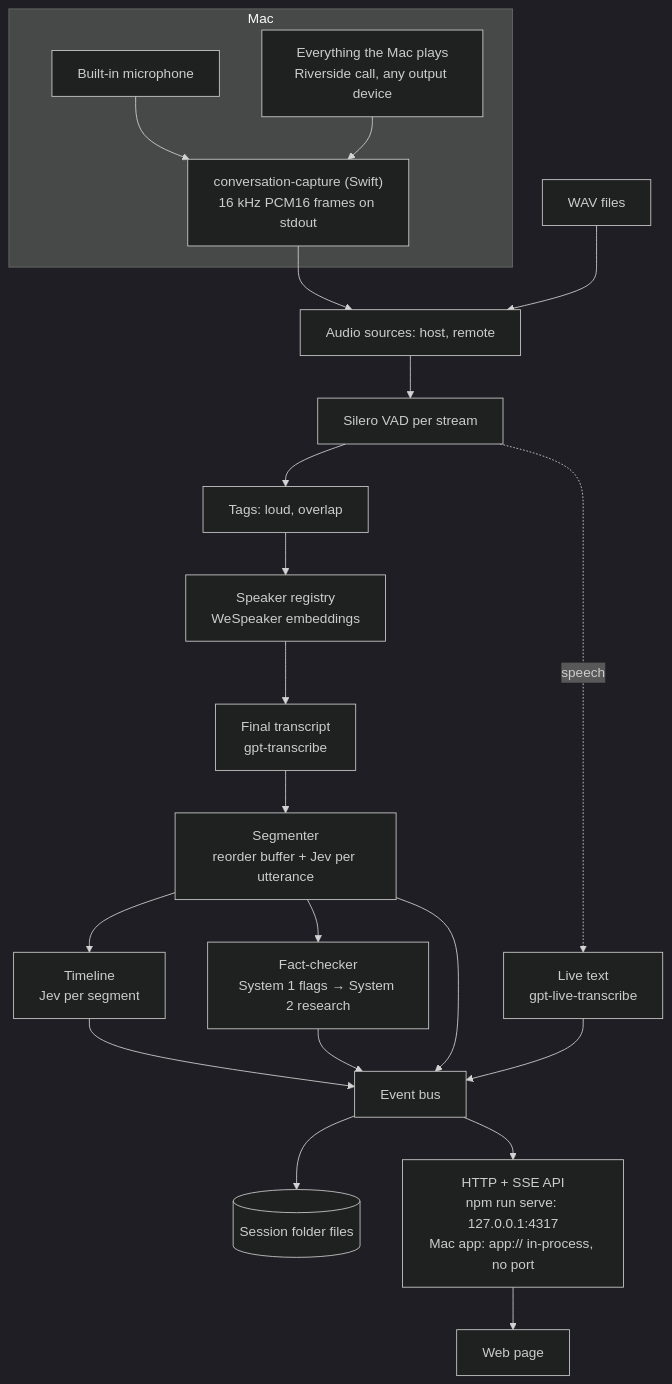
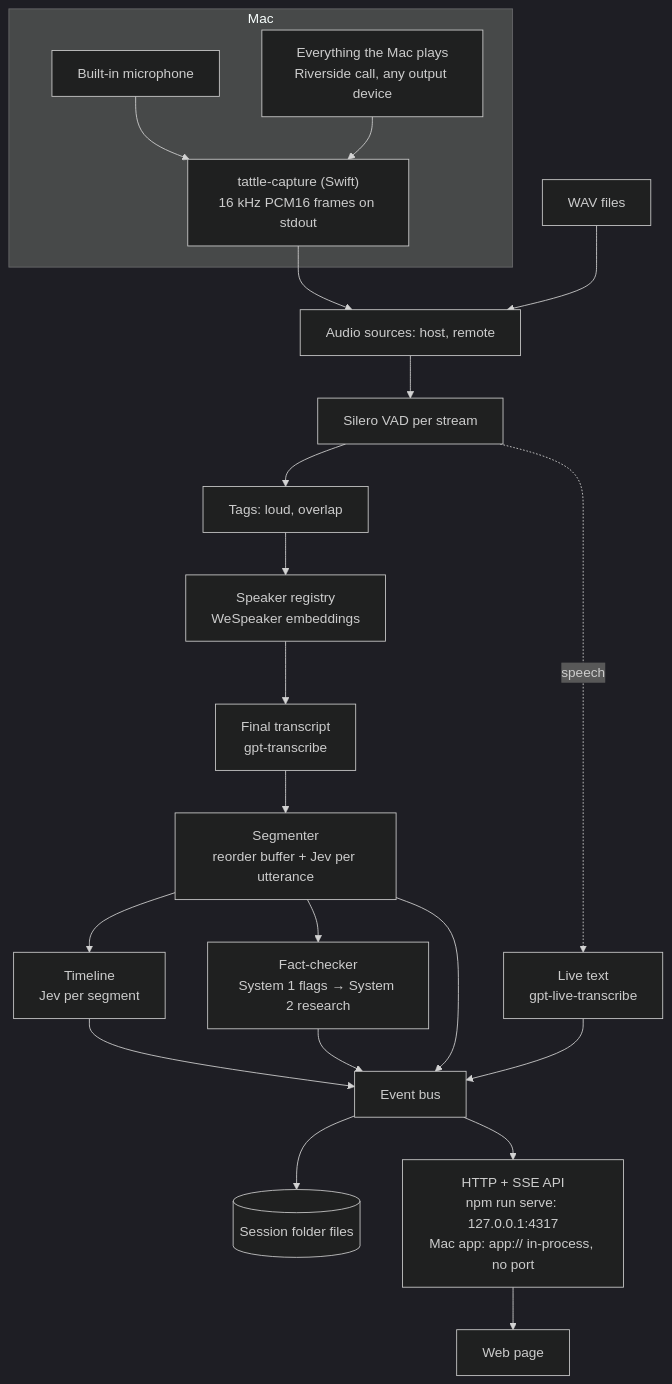
One commit to nicolasdao/conversation-assistant changed the diagram in docs/architecture.md. Above: the diagram before and after it, drawn with Mermaid (dark theme). The commit also changed other lines of this file and 62 other files, not shown here.

````diff
--- a/docs/architecture.md
+++ b/docs/architecture.md
@@ -21,20 +21,20 @@
 ```mermaid
 flowchart TB
   subgraph Mac
     MIC[Built-in microphone] --> HELPER
     OUT[Everything the Mac plays<br/>Riverside call, any output device] --> HELPER
-    HELPER["conversation-capture (Swift)<br/>16 kHz PCM16 frames on stdout"]
+    HELPER["tattle-capture (Swift)<br/>16 kHz PCM16 frames on stdout"]
   end
   HELPER --> SRC[Audio sources: host, remote]
   FILES[WAV files] --> SRC
   SRC --> VAD[Silero VAD per stream] --> TAGS[Tags: loud, overlap] --> SPK[Speaker registry<br/>WeSpeaker embeddings]
   VAD -.speech.-> LIVE[Live text<br/>gpt-live-transcribe]
   SPK --> TR[Final transcript<br/>gpt-transcribe]
   TR --> SEG[Segmenter<br/>reorder buffer + Jev per utterance]
   SEG --> TL[Timeline<br/>Jev per segment]
   SEG --> FC[Fact-checker<br/>System 1 flags → System 2 research]
   TL & FC & SEG & LIVE --> BUS[Event bus]
   BUS --> STORE[(Session folder files)]
   BUS --> SSE[HTTP + SSE API<br/>npm run serve: 127.0.0.1:4317<br/>Mac app: app:// in-process, no port]
   SSE --> WEB[Web page]
 ```
````
